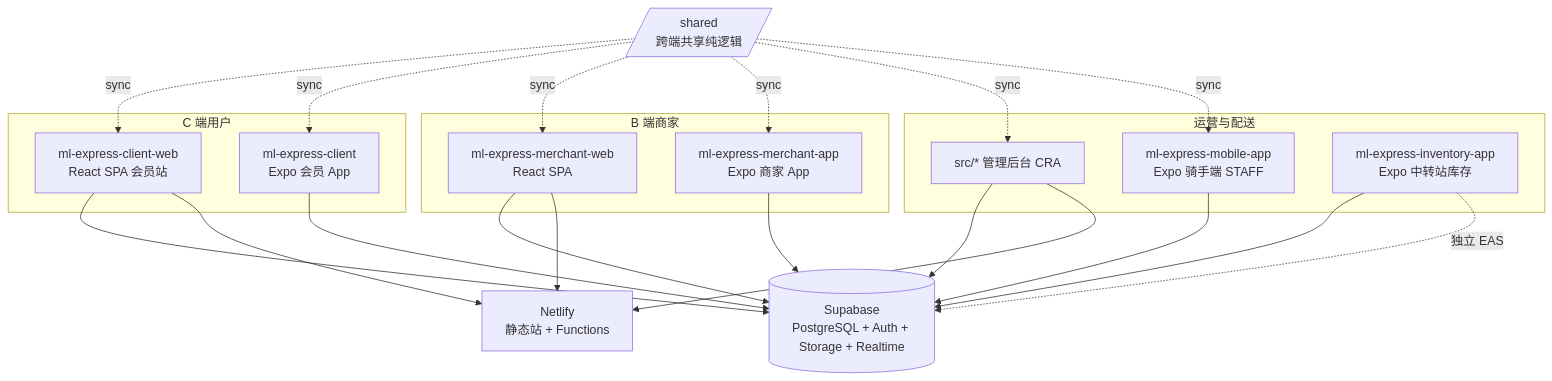
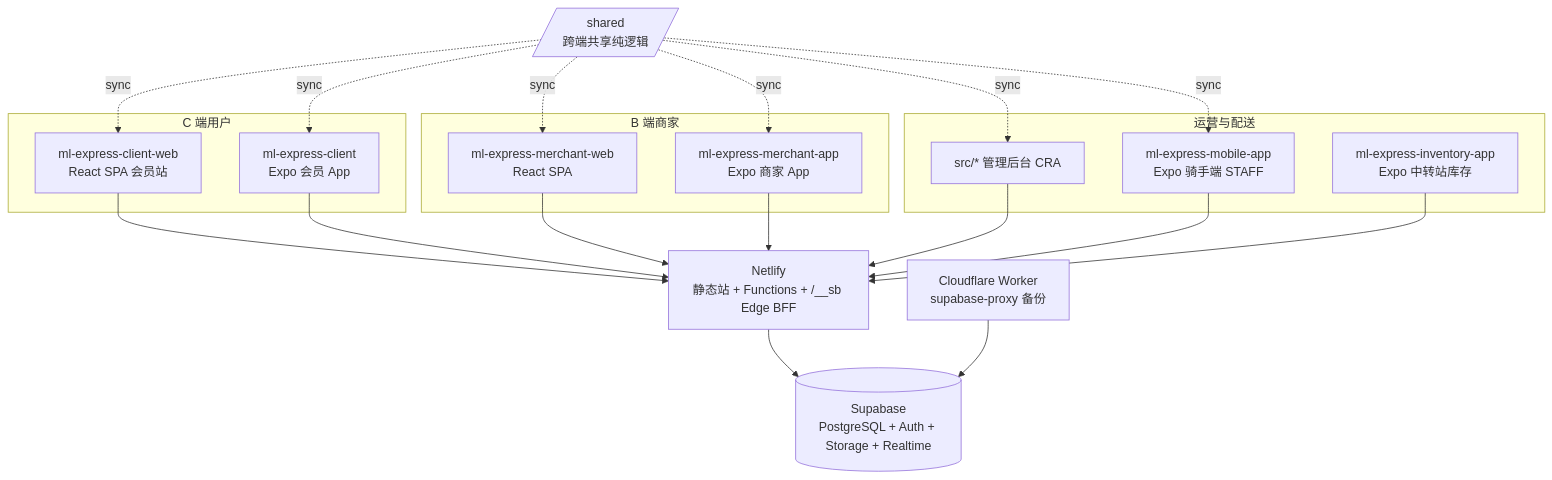
The first of 4 diagrams in AI_GUIDE.md (huangdelun16-lgtm/ml-express), drawn with Mermaid before and after one commit. The commit also changed other lines of this file, not shown here.

````diff
--- a/AI_GUIDE.md
+++ b/AI_GUIDE.md
@@ -40,36 +44,35 @@
 ```mermaid
 flowchart TB
   subgraph clients [C 端用户]
     CW[ml-express-client-web\nReact SPA 会员站]
     CA[ml-express-client\nExpo 会员 App]
   end
   subgraph merchants [B 端商家]
     MW[ml-express-merchant-web\nReact SPA]
     MA[ml-express-merchant-app\nExpo 商家 App]
   end
   subgraph ops [运营与配送]
     ADM[src/* 管理后台 CRA]
     RIDER[ml-express-mobile-app\nExpo 骑手端 STAFF]
     INV[ml-express-inventory-app\nExpo 中转站库存]
   end
   SH[/shared\n跨端共享纯逻辑/]
   SB[(Supabase\nPostgreSQL + Auth + Storage + Realtime)]
-  NF[Netlify\n静态站 + Functions]
-  CW --> SB
-  CA --> SB
-  MW --> SB
-  MA --> SB
-  ADM --> SB
-  RIDER --> SB
-  INV --> SB
+  NF[Netlify\n静态站 + Functions + /__sb Edge BFF]
+  CF[Cloudflare Worker\nsupabase-proxy 备份]
+  CW --> NF
+  CA --> NF
+  MW --> NF
+  MA --> NF
+  ADM --> NF
+  RIDER --> NF
+  INV --> NF
+  NF --> SB
+  CF --> SB
   SH -. sync .-> CW
   SH -. sync .-> CA
   SH -. sync .-> MW
   SH -. sync .-> MA
   SH -. sync .-> ADM
   SH -. sync .-> RIDER
-  CW --> NF
-  MW --> NF
-  ADM --> NF
-  INV -. 独立 EAS .-> SB
 ```
````
